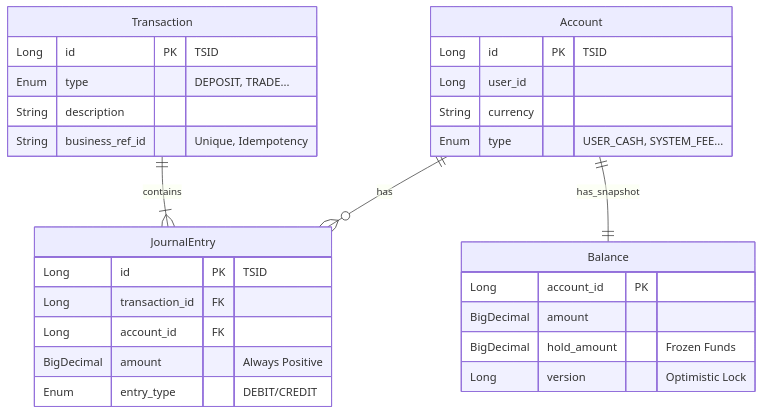
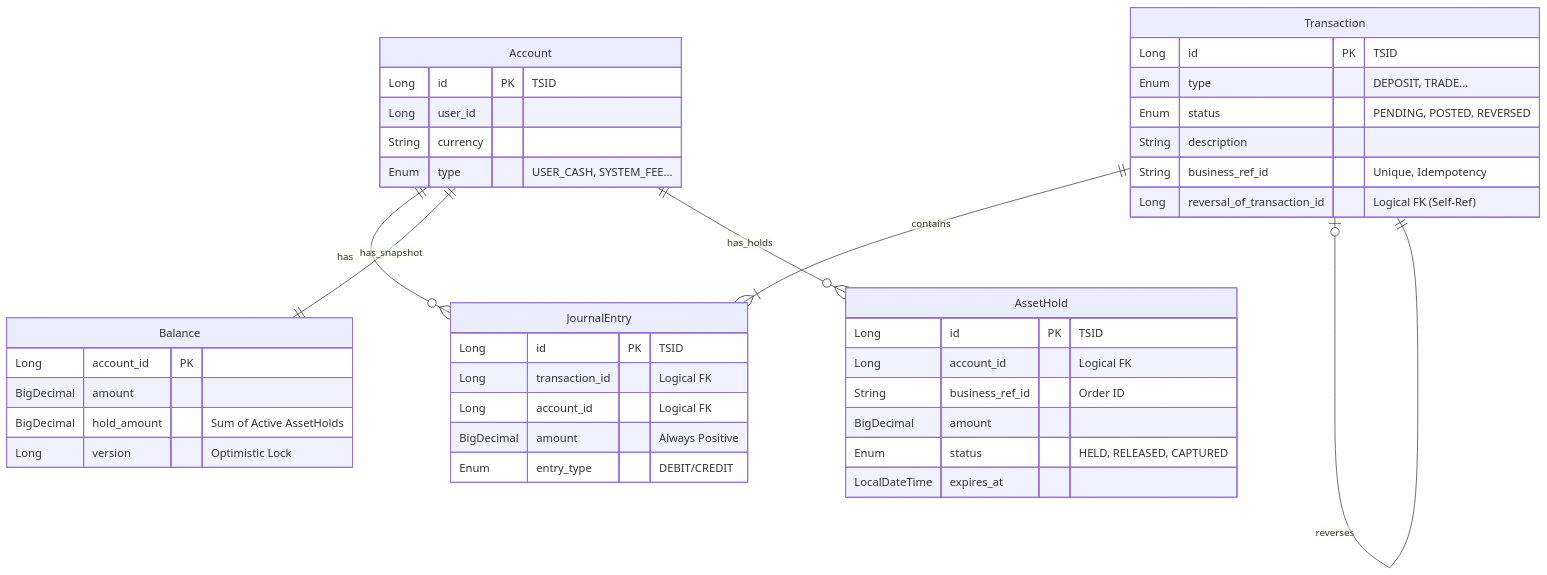
The third of 3 diagrams in kuku-core-ledger/README.md (dding94/kuku-Securities), drawn with Mermaid before and after one commit. The commit also changed other lines of this file and 1 other file, not shown here.

First line of the commit message:
docs: 원장 아키텍처 다이어그램 업데이트 및 FK 전략 ADR 추가 (#9)

````diff
--- a/kuku-core-ledger/README.md
+++ b/kuku-core-ledger/README.md
@@ -91,35 +173,48 @@
 ```mermaid
 erDiagram
     Transaction ||--|{ JournalEntry : contains
+    Transaction |o--|| Transaction : "reverses"
     Account ||--o{ JournalEntry : has
     Account ||--|| Balance : has_snapshot
+    Account ||--o{ AssetHold : has_holds
 
     Transaction {
         Long id PK "TSID"
         Enum type "DEPOSIT, TRADE..."
+        Enum status "PENDING, POSTED, REVERSED"
         String description
         String business_ref_id "Unique, Idempotency"
+        Long reversal_of_transaction_id "Logical FK (Self-Ref)"
     }
 
     JournalEntry {
         Long id PK "TSID"
-        Long transaction_id FK
-        Long account_id FK
+        Long transaction_id "Logical FK"
+        Long account_id "Logical FK"
         BigDecimal amount "Always Positive"
         Enum entry_type "DEBIT/CREDIT"
     }
 
     Account {
         Long id PK "TSID"
         Long user_id
         String currency
         Enum type "USER_CASH, SYSTEM_FEE..."
     }
 
     Balance {
         Long account_id PK
         BigDecimal amount
-        BigDecimal hold_amount "Frozen Funds"
+        BigDecimal hold_amount "Sum of Active AssetHolds"
         Long version "Optimistic Lock"
     }
+
+    AssetHold {
+        Long id PK "TSID"
+        Long account_id "Logical FK"
+        String business_ref_id "Order ID"
+        BigDecimal amount
+        Enum status "HELD, RELEASED, CAPTURED"
+        LocalDateTime expires_at
+    }
 ```
````
